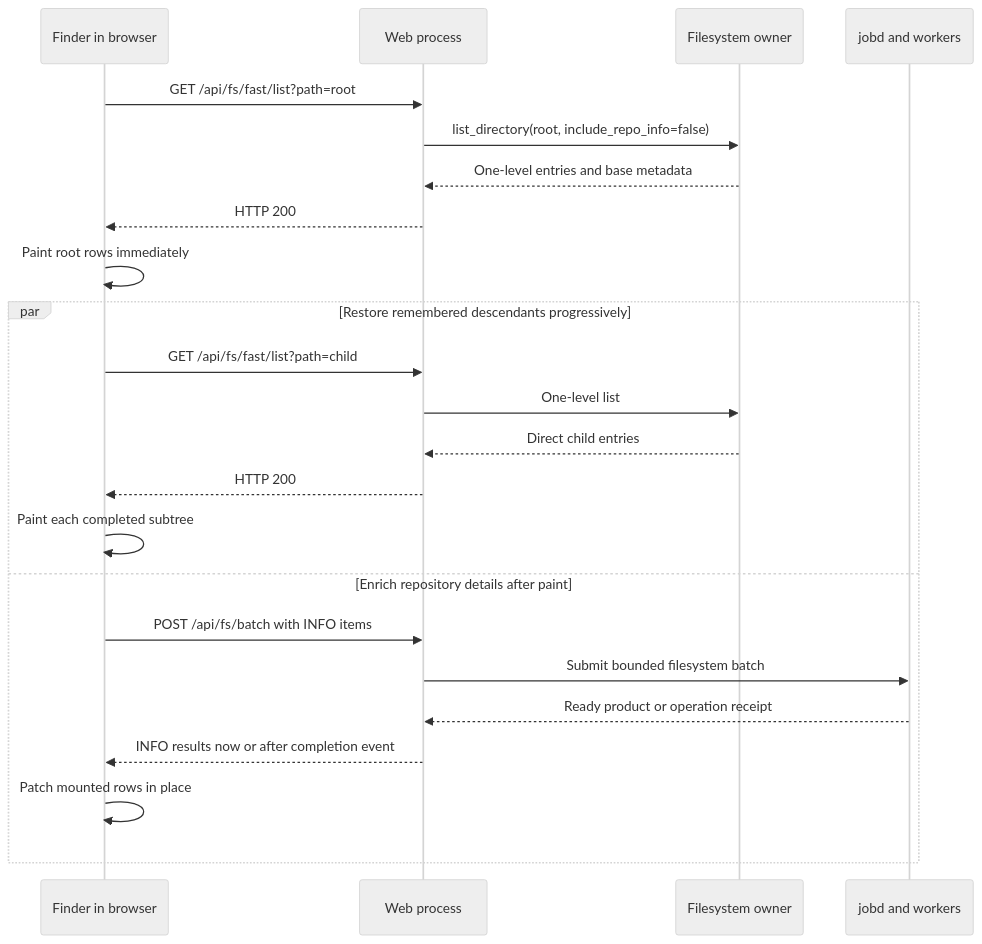
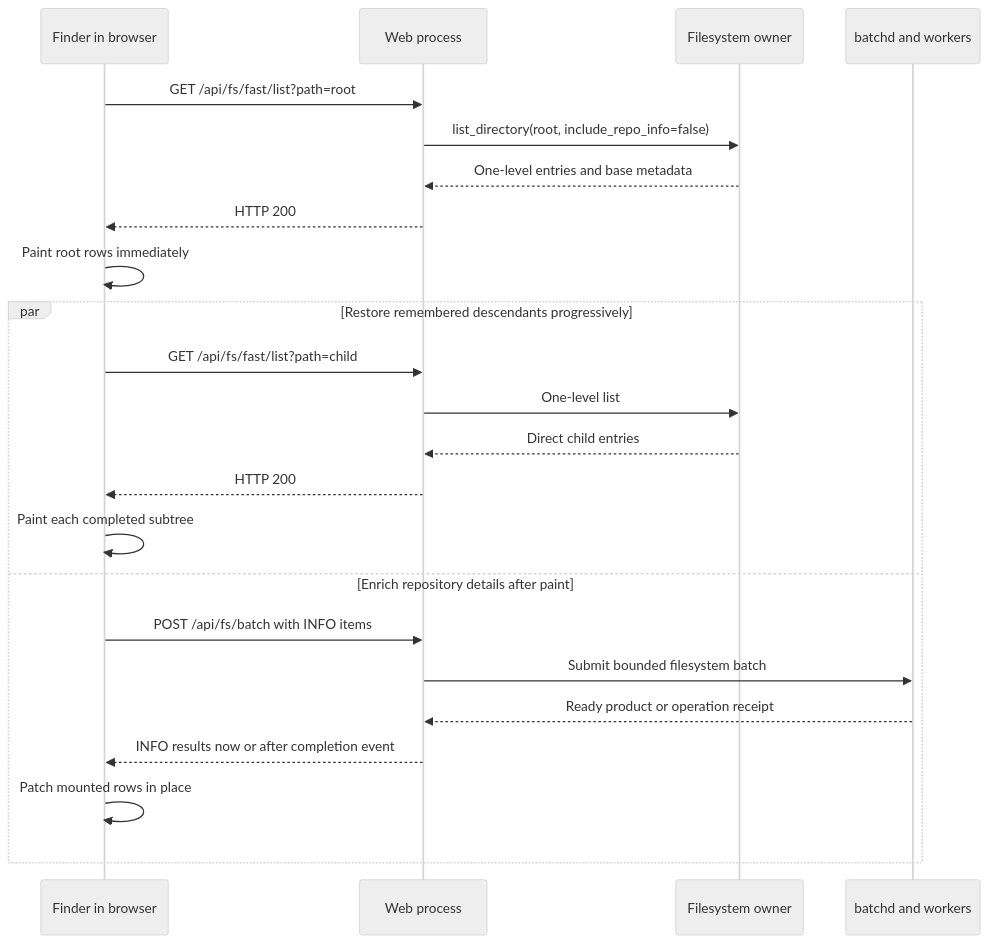
One commit to keivenchang/yolomux changed the second of 2 diagrams in docs/specs/BACKEND_ARCHITECTURE.md. Above: the diagram before and after it, drawn with Mermaid (neutral theme). The commit also changed other lines of this file and 19 other files, not shown here.

Commit message:
feat: split interactive filesystem reads from batch work

````diff
--- a/docs/specs/BACKEND_ARCHITECTURE.md
+++ b/docs/specs/BACKEND_ARCHITECTURE.md
@@ -169,27 +171,27 @@
 ```mermaid
 sequenceDiagram
     participant Browser as Finder in browser
     participant Web as Web process
     participant FS as Filesystem owner
-    participant Jobd as jobd and workers
+    participant Batchd as batchd and workers
 
     Browser->>Web: GET /api/fs/fast/list?path=root
     Web->>FS: list_directory(root, include_repo_info=false)
     FS-->>Web: One-level entries and base metadata
     Web-->>Browser: HTTP 200
     Browser->>Browser: Paint root rows immediately
 
     par Restore remembered descendants progressively
         Browser->>Web: GET /api/fs/fast/list?path=child
         Web->>FS: One-level list
         FS-->>Web: Direct child entries
         Web-->>Browser: HTTP 200
         Browser->>Browser: Paint each completed subtree
     and Enrich repository details after paint
-        Browser->>Web: POST /api/fs/batch with INFO items
-        Web->>Jobd: Submit bounded filesystem batch
-        Jobd-->>Web: Ready product or operation receipt
+         Browser->>Web: POST /api/fs/batch with INFO items
+         Web->>Batchd: Submit bounded filesystem batch
+         Batchd-->>Web: Ready product or operation receipt
         Web-->>Browser: INFO results now or after completion event
         Browser->>Browser: Patch mounted rows in place
     end
 ```
````
